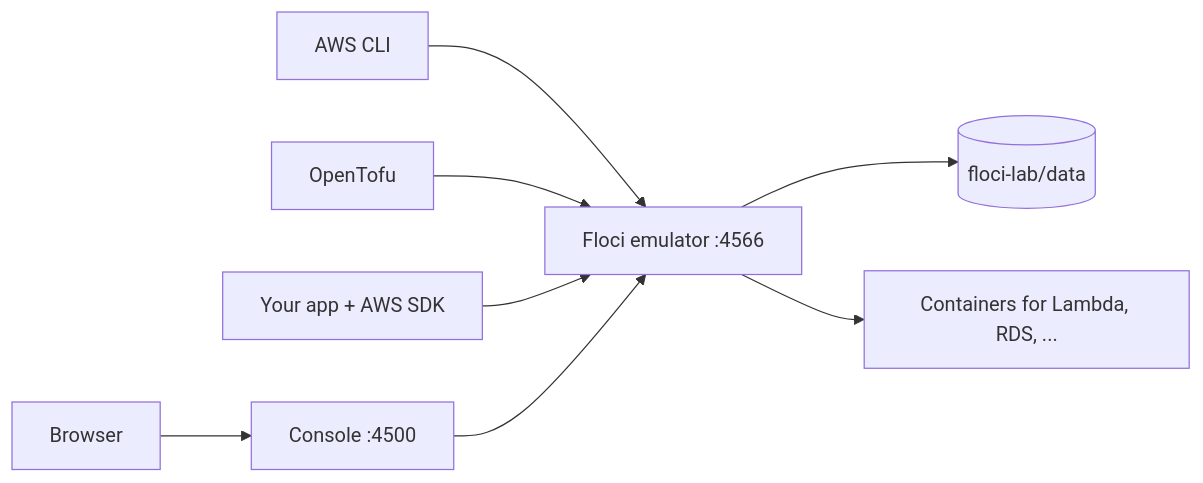
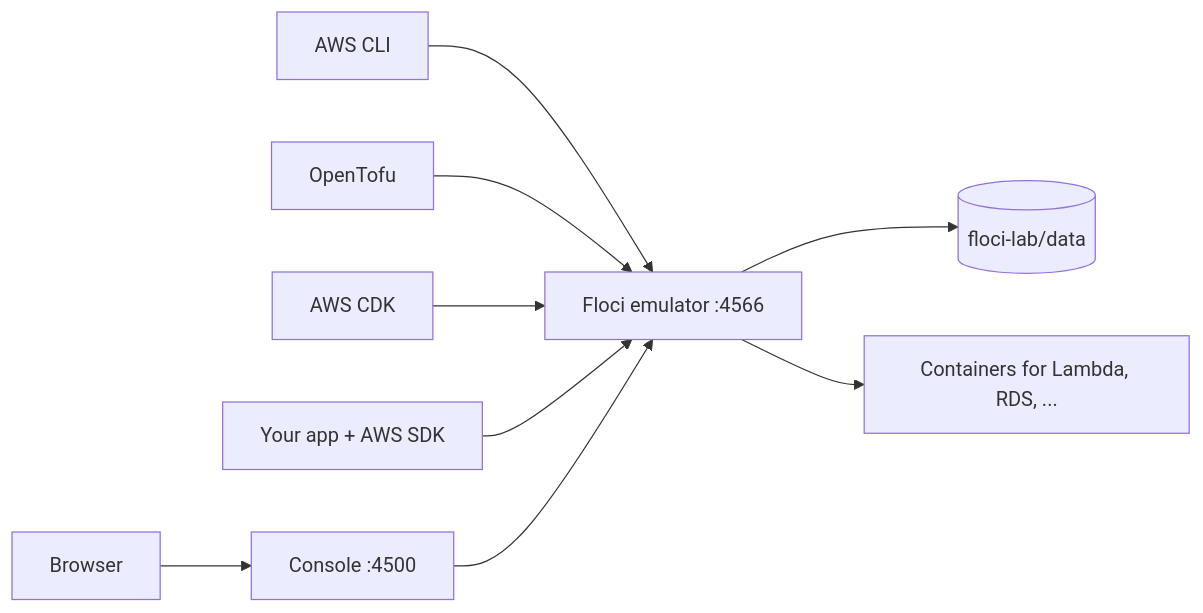
One commit to aesbetancourt/flocis-mise-wrapper changed the diagram in USAGE.md. Above: the diagram before and after it, drawn with Mermaid. The commit also changed other lines of this file and 74 other files, not shown here.

````diff
--- a/USAGE.md
+++ b/USAGE.md
@@ -31,9 +32,10 @@
 ```mermaid
 flowchart LR
   CLI[AWS CLI] --> E
   TF[OpenTofu] --> E
+  CDK[AWS CDK] --> E
   APP[Your app + AWS SDK] --> E
   B[Browser] --> UI[Console :4500] --> E[Floci emulator :4566]
   E --> D[(floci-lab/data)]
   E --> C[Containers for Lambda, RDS, ...]
 ```
````
